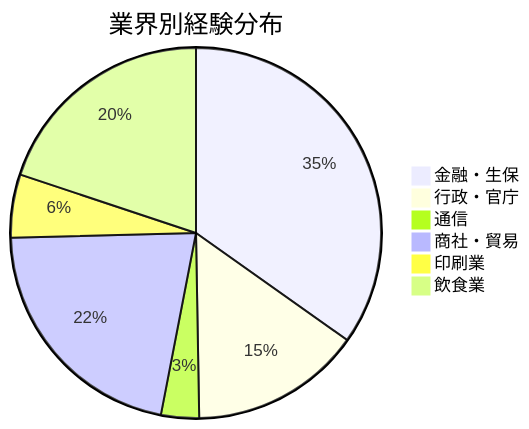
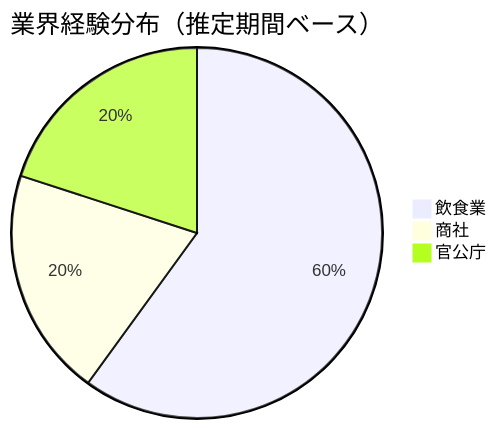
The first of 4 diagrams in docs/TG_経歴書_詳細.md (MasatakaNakamura/xlsx-data-analyzer), drawn with Mermaid before and after one commit. The commit also changed other lines of this file and 32 other files, not shown here.

````diff
--- a/docs/TG_経歴書_詳細.md
+++ b/docs/TG_経歴書_詳細.md
@@ -263,9 +130,6 @@
 ```mermaid
-pie title 業界別経験分布
-    "金融・生保" : 63
-    "行政・官庁" : 27
-    "通信" : 6
-    "商社・貿易" : 39
-    "印刷業" : 10
-    "飲食業" : 36
+pie title 業界経験分布（推定期間ベース）
+    "飲食業" : 60
+    "商社" : 20
+    "官公庁" : 20
 ```
````
